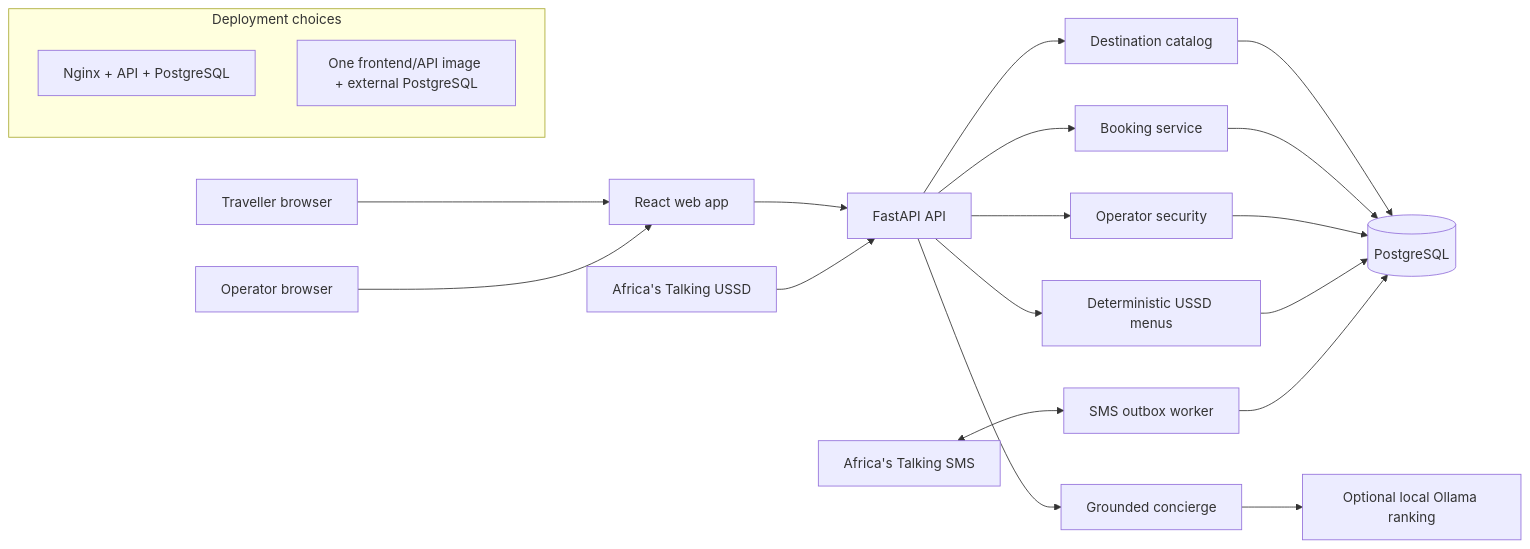
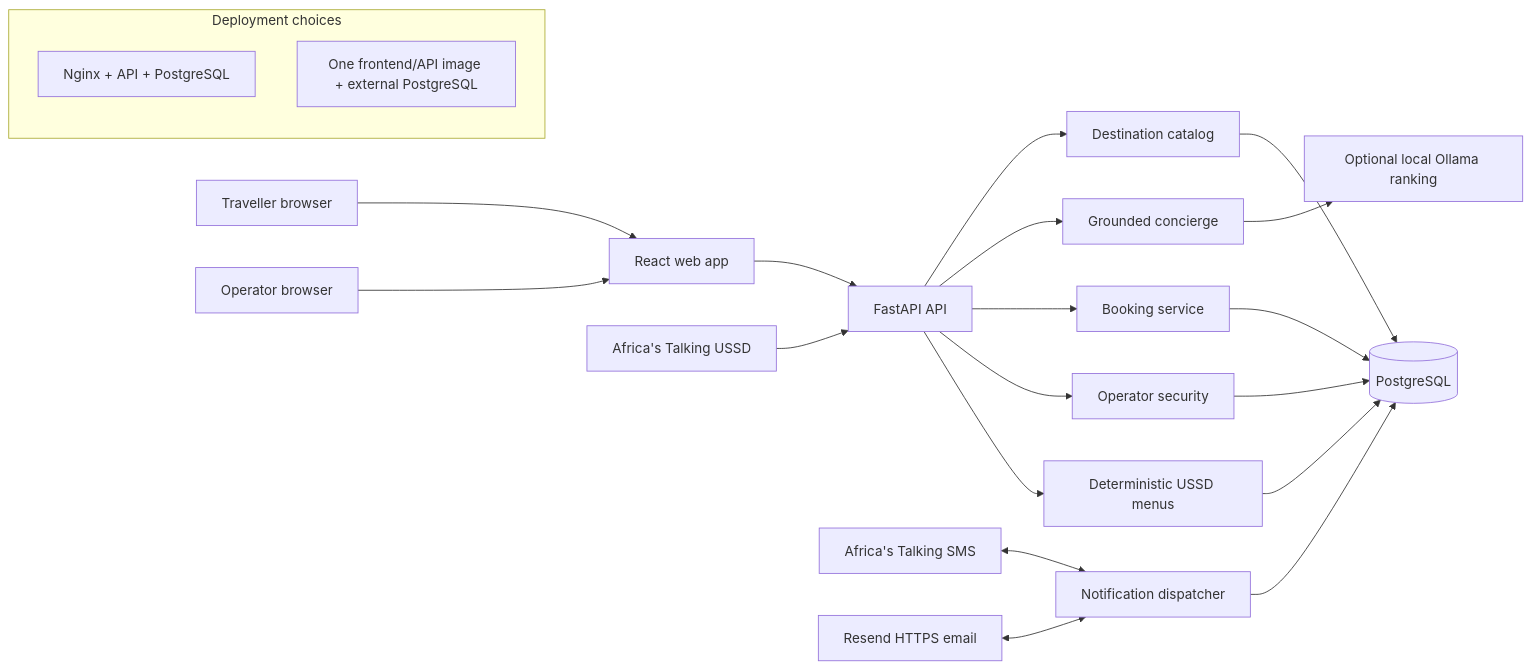
Before and after one commit to gloria-mbilinyi/safarismart-ai-concierge: the first of 3 diagrams in docs/architecture.md, drawn with Mermaid. The commit also changed other lines of this file and 6 other files, not shown here.

````diff
--- a/docs/architecture.md
+++ b/docs/architecture.md
@@ -11,25 +11,26 @@
 ```mermaid
 flowchart LR
     Traveller[Traveller browser] --> Web[React web app]
     Operator[Operator browser] --> Web
     Web --> API[FastAPI API]
-    ATSMS[Africa's Talking SMS] <--> Worker[SMS outbox worker]
+    ATSMS[Africa's Talking SMS] <--> Dispatcher[Notification dispatcher]
+    Resend[Resend HTTPS email] <--> Dispatcher
     ATUSSD[Africa's Talking USSD] --> API
 
     API --> Catalog[Destination catalog]
     API --> Concierge[Grounded concierge]
     API --> Booking[Booking service]
     API --> Auth[Operator security]
     API --> USSD[Deterministic USSD menus]
     Concierge --> OptionalLLM[Optional local Ollama ranking]
     Catalog --> DB[(PostgreSQL)]
     Booking --> DB
     Auth --> DB
     USSD --> DB
-    Worker --> DB
+    Dispatcher --> DB
 
     subgraph Deployment choices
         Compose[Nginx + API + PostgreSQL]
         Marketplace[One frontend/API image + external PostgreSQL]
     end
 ```
````
